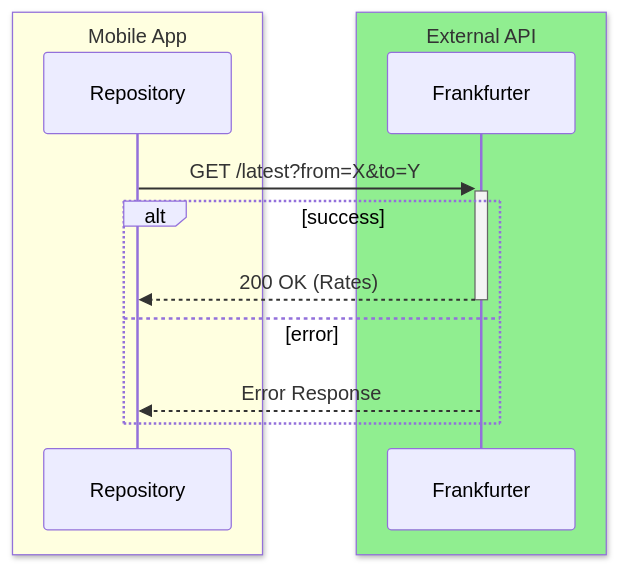
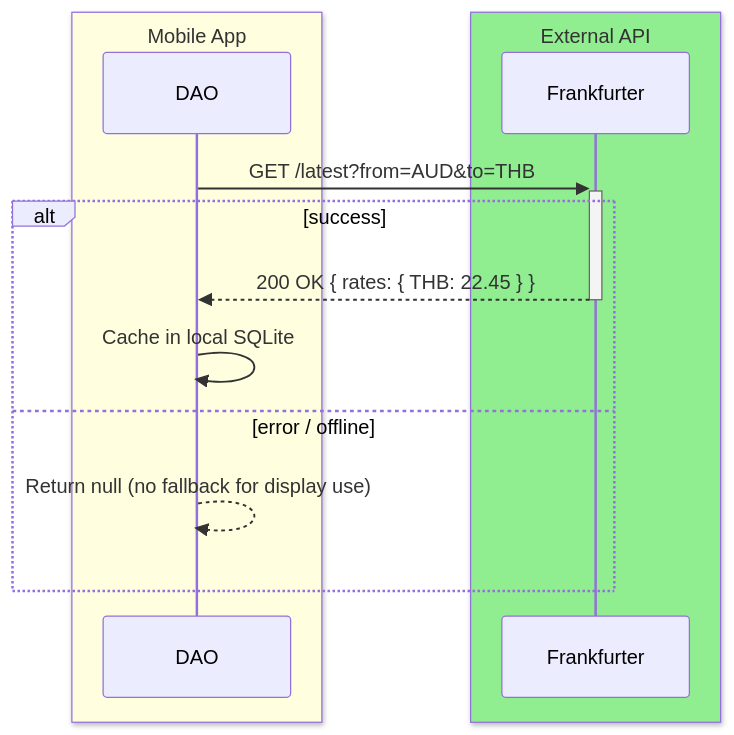
One commit to tintinap/personal-expenses-tracker changed the ninth of 11 diagrams in docs/apps/mobile/FLUTTER_API_SPEC.md. Above: the diagram before and after it, drawn with Mermaid. The commit also changed other lines of this file and 37 other files, not shown here.

````diff
--- a/docs/apps/mobile/FLUTTER_API_SPEC.md
+++ b/docs/apps/mobile/FLUTTER_API_SPEC.md
@@ -266,16 +583,17 @@
 ```mermaid
 sequenceDiagram
     box LightYellow Mobile App
-    participant Repository
+    participant DAO
     end
     box LightGreen External API
     participant Frankfurter
     end
-    
-    Repository->>+Frankfurter: GET /latest?from=X&to=Y
+
+    DAO->>+Frankfurter: GET /latest?from=AUD&to=THB
     alt success
-        Frankfurter-->>-Repository: 200 OK (Rates)
-    else error
-        Frankfurter-->>Repository: Error Response
+        Frankfurter-->>-DAO: 200 OK { rates: { THB: 22.45 } }
+        DAO->>DAO: Cache in local SQLite
+    else error / offline
+        DAO-->>DAO: Return null (no fallback for display use)
     end
 ```
````
